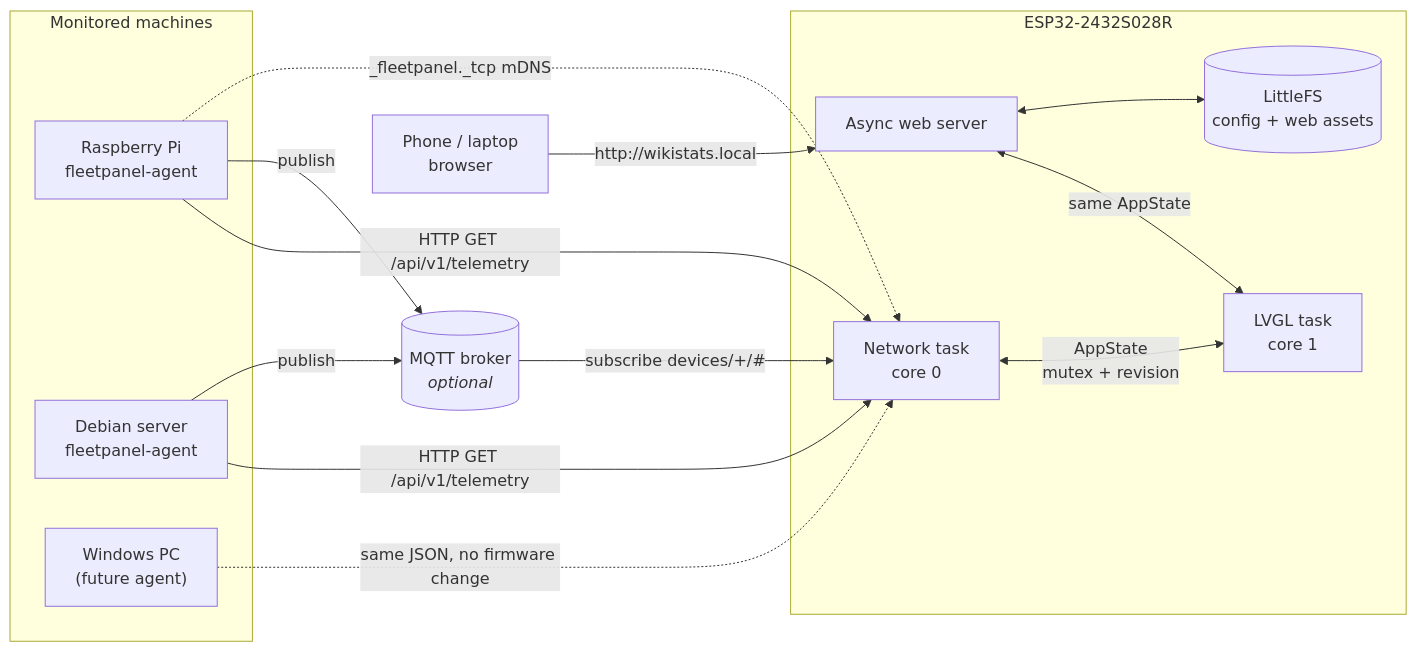
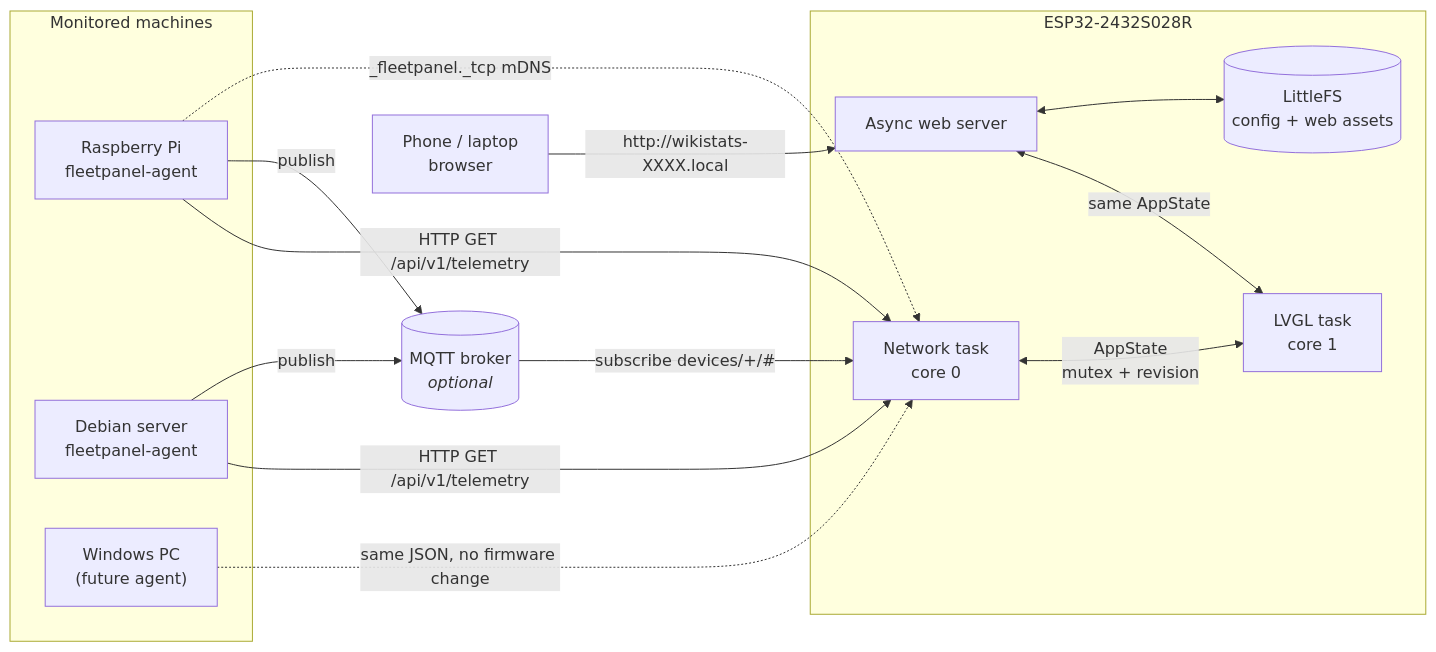
The first of 5 diagrams in docs/architecture.md (WikiZell/wikiStats), drawn with Mermaid before and after one commit. The commit also changed 15 other files, not shown here.

````diff
--- a/docs/architecture.md
+++ b/docs/architecture.md
@@ -5,31 +5,31 @@
 ```mermaid
 flowchart LR
     subgraph Monitored["Monitored machines"]
         A1["Raspberry Pi<br/>fleetpanel-agent"]
         A2["Debian server<br/>fleetpanel-agent"]
         A3["Windows PC<br/>(future agent)"]
     end
 
     B[("MQTT broker<br/><i>optional</i>")]
 
     subgraph Panel["ESP32-2432S028R"]
         NET["Network task<br/>core 0"]
         UI["LVGL task<br/>core 1"]
         WEB["Async web server"]
         FS[("LittleFS<br/>config + web assets")]
     end
 
     U1["Phone / laptop<br/>browser"]
 
     A1 -- "HTTP GET /api/v1/telemetry" --> NET
     A2 -- "HTTP GET /api/v1/telemetry" --> NET
     A3 -. "same JSON, no firmware change" .-> NET
     A1 -- publish --> B
     A2 -- publish --> B
     B -- "subscribe devices/+/#" --> NET
     A1 -. "_fleetpanel._tcp mDNS" .-> NET
     NET <--> |"AppState<br/>mutex + revision"| UI
     WEB <--> |"same AppState"| UI
     WEB <--> FS
-    U1 -- "http://wikistats.local" --> WEB
+    U1 -- "http://wikistats-XXXX.local" --> WEB
 ```
````
